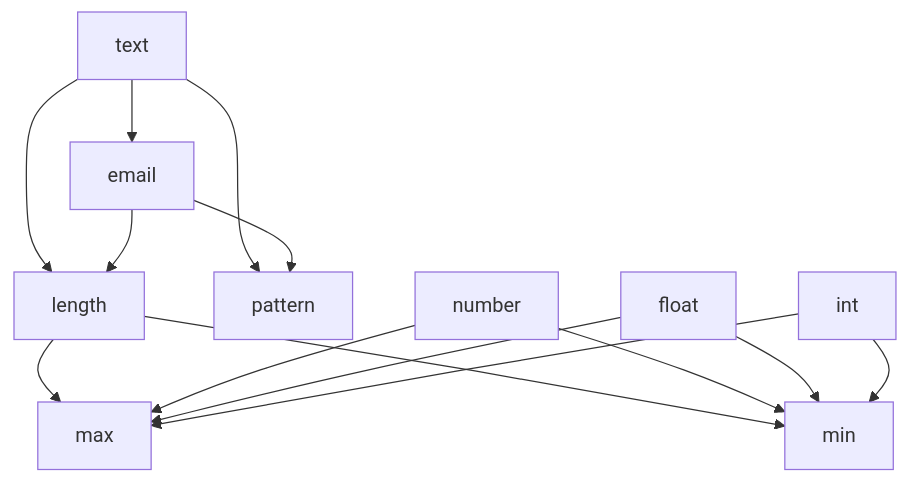
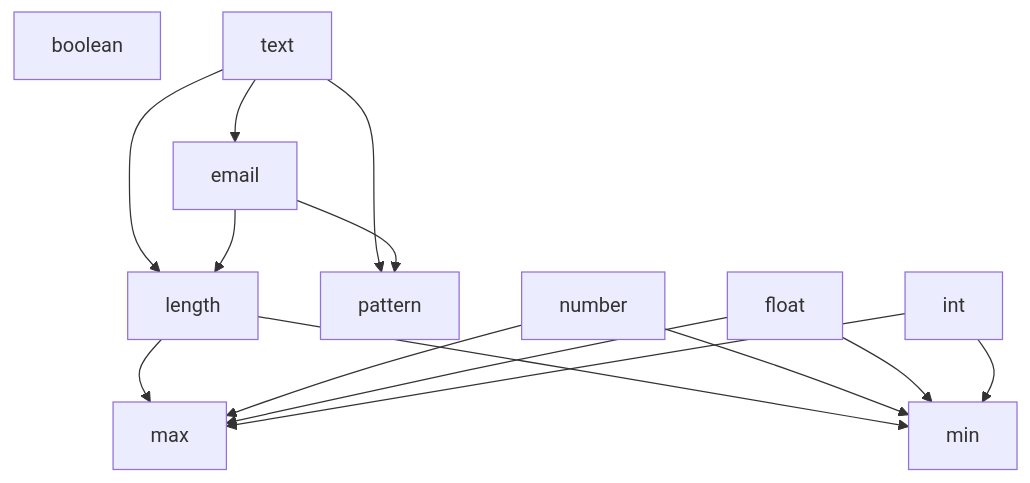
The second of 2 diagrams in README.md (jitesoft/php-validator), drawn with Mermaid before and after one commit.

````diff
--- a/README.md
+++ b/README.md
@@ -142,22 +142,24 @@
 ```mermaid
 graph TD;
+
+boolean
 
 text-->email
 text-->length
 text-->pattern
 
 email-->length
 email-->pattern
 
 length-->max
 length-->min
 
 number-->min
 number-->max
 
 float-->min
 float-->max
 
 int-->min
 int-->max
 ```
````
